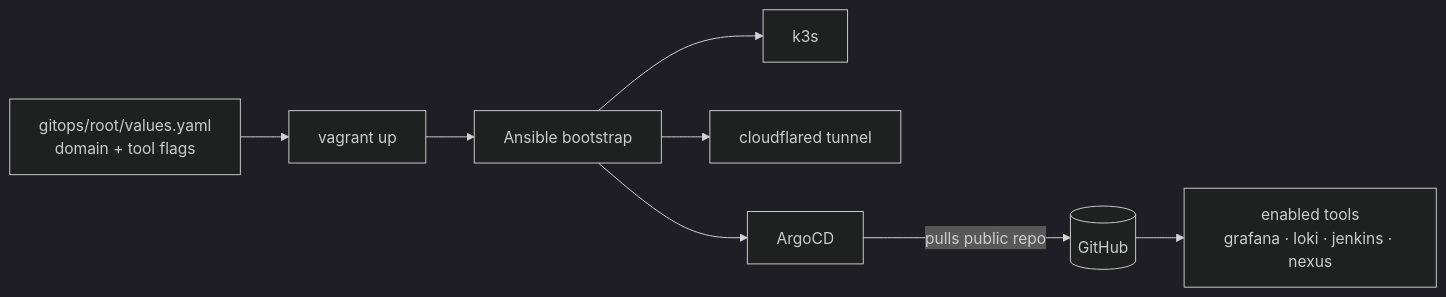
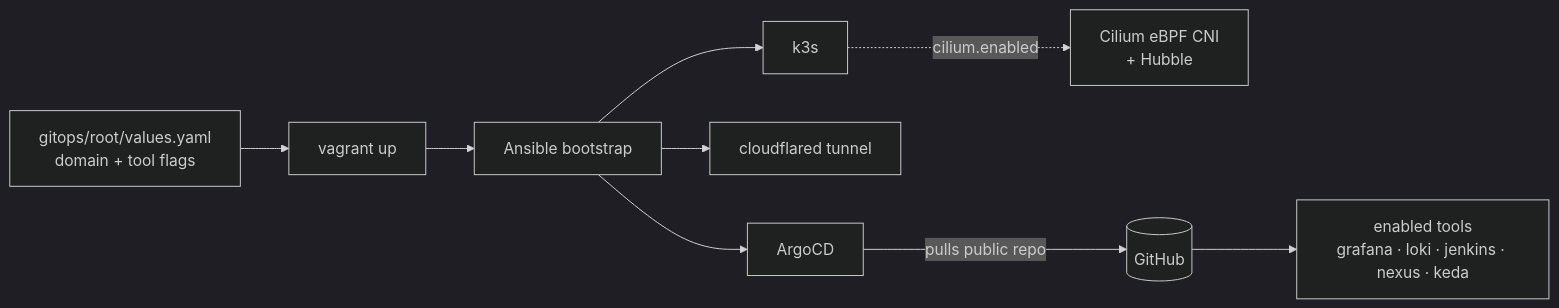
The diagram in README.md (Xeze-org/k3s-devops-lab), drawn with Mermaid (dark theme) before and after one commit. The commit also changed other lines of this file and 12 other files, not shown here.

````diff
--- a/README.md
+++ b/README.md
@@ -35,10 +42,11 @@
 ```mermaid
 flowchart LR
   v[gitops/root/values.yaml<br/>domain + tool flags] --> vg[vagrant up]
   vg --> an[Ansible bootstrap]
   an --> k3s[k3s]
+  k3s -.->|cilium.enabled| ci[Cilium eBPF CNI<br/>+ Hubble]
   an --> cf[cloudflared tunnel]
   an --> ar[ArgoCD]
   ar -->|pulls public repo| gh[(GitHub)]
-  gh --> tools[enabled tools<br/>grafana · loki · jenkins · nexus]
+  gh --> tools[enabled tools<br/>grafana · loki · jenkins · nexus · keda]
 ```
````
